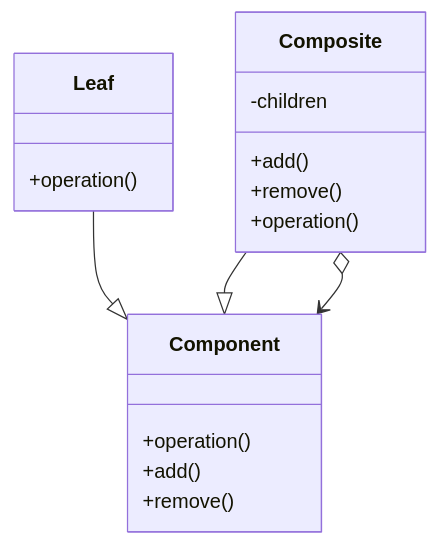
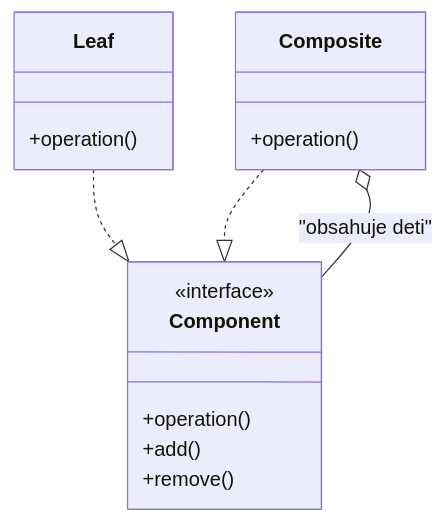
One commit to Veselyy/VUT-school changed the third of 4 diagrams in IPP/otazky.md. Above: the diagram before and after it, drawn with Mermaid. The commit also changed other lines of this file and 12 other files, not shown here.

````diff
--- a/IPP/otazky.md
+++ b/IPP/otazky.md
@@ -103,20 +89,15 @@
 ```mermaid
 classDiagram
-    class Component {
-        +operation()
-        +add()
-        +remove()
-    }
-    class Leaf {
-        +operation()
-    }
-    class Composite {
-        -children
-        +add()
-        +remove()
-        +operation()
-    }
-    Leaf --|> Component
-    Composite --|> Component
-    Composite o--> Component
+    class Component
+    class Leaf
+    class Composite
+    <<interface>> Component
+    Component : +operation()
+    Component : +add()
+    Component : +remove()
+    Leaf : +operation()
+    Composite : +operation()
+    Leaf ..|> Component
+    Composite ..|> Component
+    Composite o-- Component : "obsahuje deti"
 ```
````
